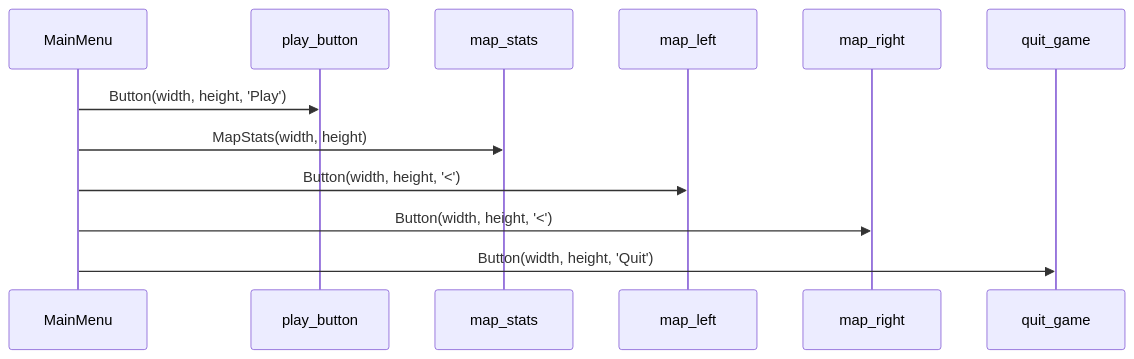
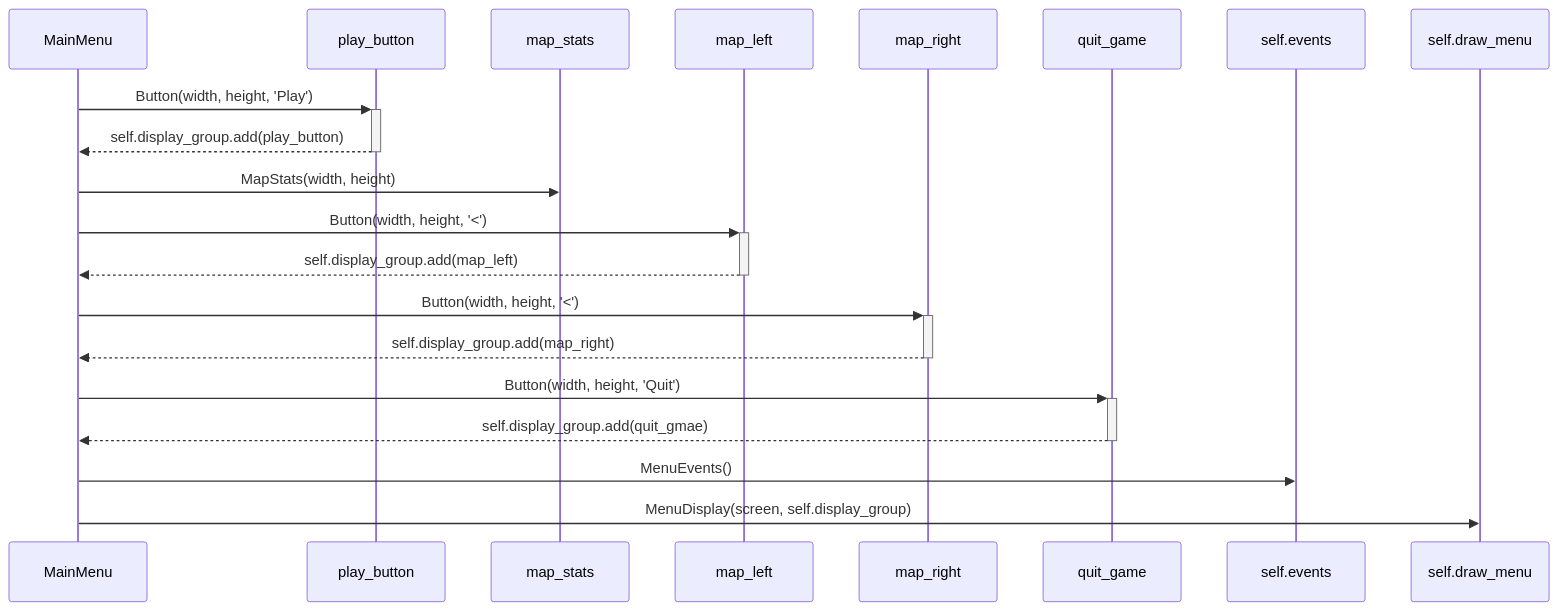
Before and after one commit to aitoAarni/ot-harjoitustyo-take2: the second of 2 diagrams in dokumentaatio/arkkitehtuuri.md, drawn with Mermaid.

````diff
--- a/dokumentaatio/arkkitehtuuri.md
+++ b/dokumentaatio/arkkitehtuuri.md
@@ -27,8 +27,14 @@
 ```mermaid
 sequenceDiagram
-    MainMenu->>play_button: Button(width, height, 'Play')
+    MainMenu->>+play_button: Button(width, height, 'Play')
+    play_button -->>- MainMenu: self.display_group.add(play_button)
     MainMenu->>map_stats: MapStats(width, height)
-    MainMenu->>map_left: Button(width, height, '<')
-    MainMenu->>map_right: Button(width, height, '<')
-    MainMenu->>quit_game: Button(width, height, 'Quit')
+    MainMenu->>+map_left: Button(width, height, '<')
+    map_left -->>- MainMenu: self.display_group.add(map_left)
+    MainMenu->>+map_right: Button(width, height, '<')
+    map_right -->>- MainMenu: self.display_group.add(map_right)
+    MainMenu->>+quit_game: Button(width, height, 'Quit')
+    quit_game -->>- MainMenu: self.display_group.add(quit_gmae)
+    MainMenu->>self.events: MenuEvents() 
+    MainMenu->>self.draw_menu: MenuDisplay(screen, self.display_group)
 ```
````
